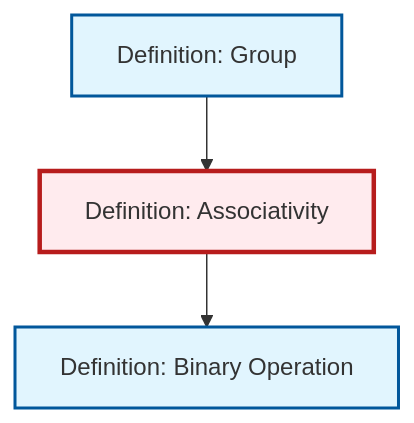
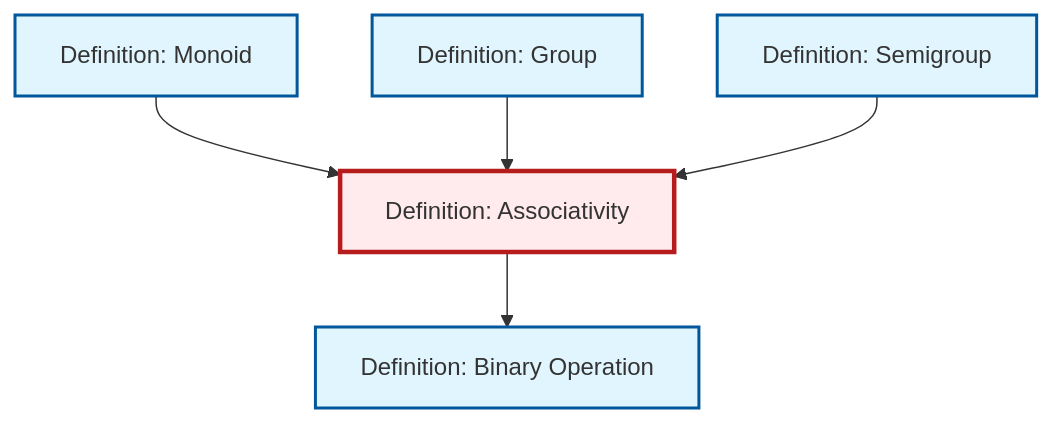
The diagram in content/en/algebra/def-associativity.qmd (RK0429/ModernMath), drawn with Mermaid before and after one commit. The commit also changed 619 other files, not shown here.

````diff
--- a/content/en/algebra/def-associativity.qmd
+++ b/content/en/algebra/def-associativity.qmd
@@ -88,17 +88,23 @@
 ```{mermaid}
 %%| fig-cap: "Local dependency graph"
 graph TD
     classDef definition fill:#e1f5fe,stroke:#01579b,stroke-width:2px
     classDef theorem fill:#f3e5f5,stroke:#4a148c,stroke-width:2px
     classDef axiom fill:#fff3e0,stroke:#e65100,stroke-width:2px
     classDef example fill:#e8f5e9,stroke:#1b5e20,stroke-width:2px
     classDef current fill:#ffebee,stroke:#b71c1c,stroke-width:3px
+    def-binary-operation["Definition: Binary Operation"]:::definition
     def-associativity["Definition: Associativity"]:::definition
+    def-semigroup["Definition: Semigroup"]:::definition
     def-group["Definition: Group"]:::definition
-    def-binary-operation["Definition: Binary Operation"]:::definition
+    def-monoid["Definition: Monoid"]:::definition
+    def-associativity --> def-binary-operation
+    def-monoid --> def-associativity
     def-group --> def-associativity
-    def-associativity --> def-binary-operation
+    def-semigroup --> def-associativity
     class def-associativity current
+    click def-binary-operation "def-binary-operation.html" "Go to Binary Operation definition"
+    click def-semigroup "def-semigroup.html" "Go to Semigroup definition"
     click def-group "def-group.html" "Go to Group definition"
-    click def-binary-operation "def-binary-operation.html" "Go to Binary Operation definition"
+    click def-monoid "def-monoid.html" "Go to Monoid definition"
 ```
````
